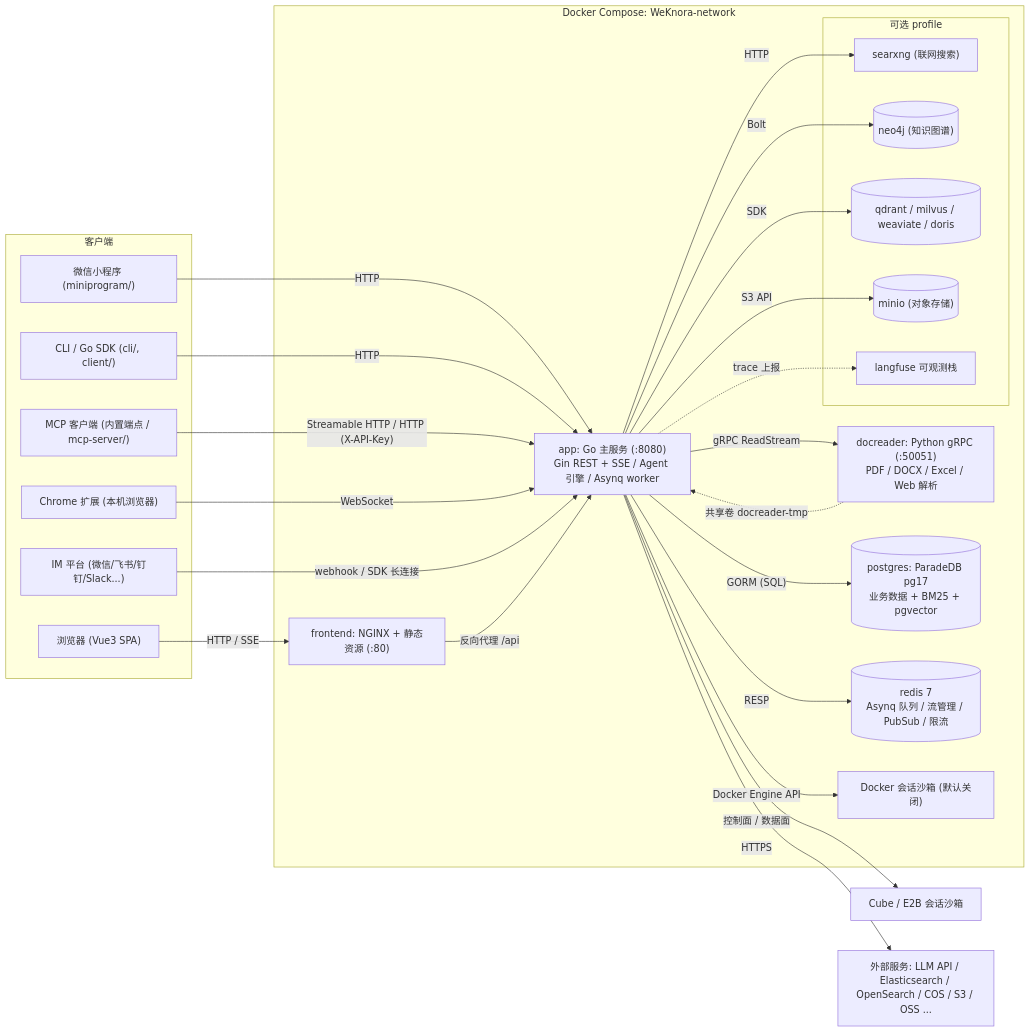
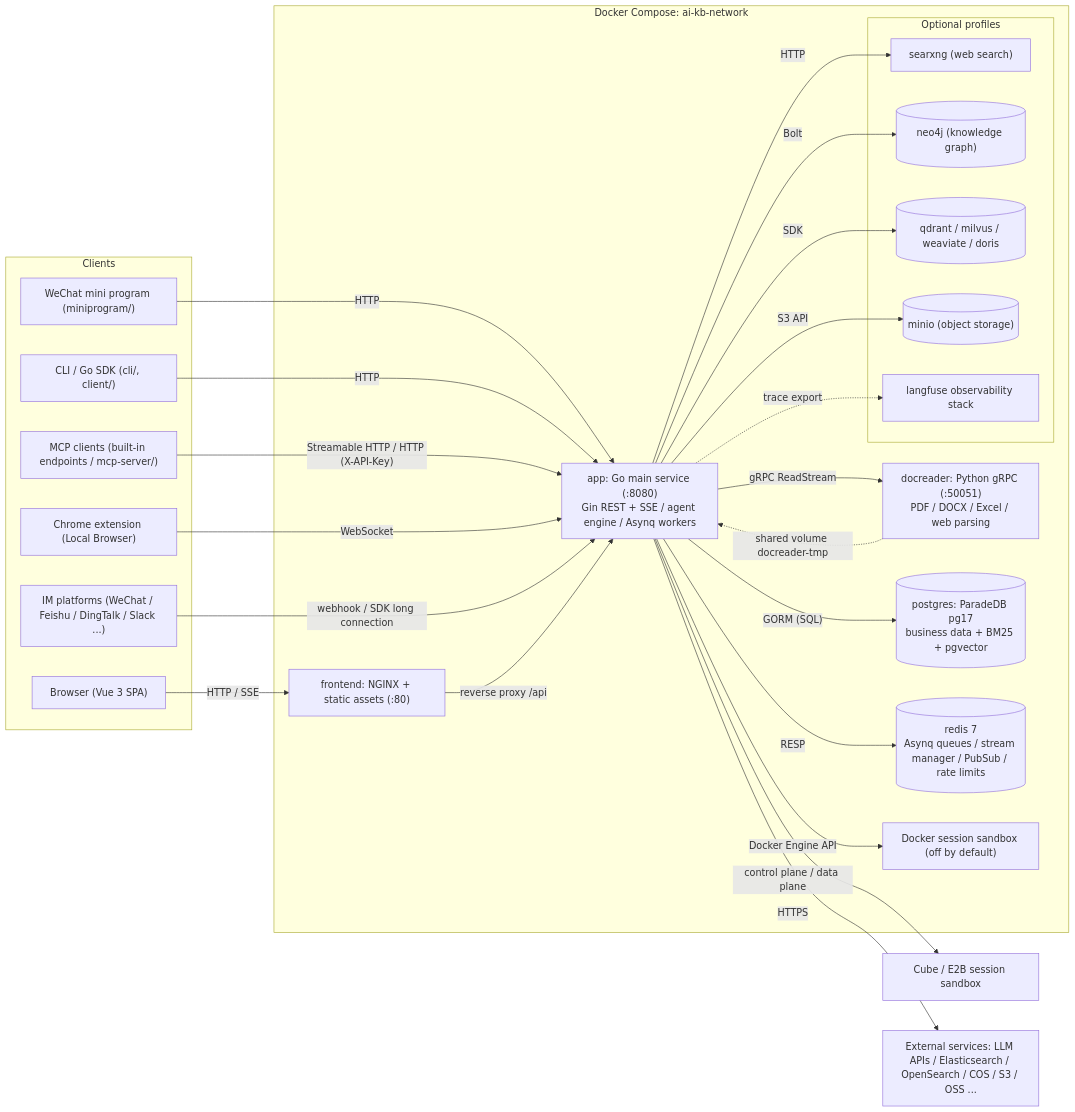
Before and after one commit to jrmatherly/ai-kb: the first of 2 diagrams in website-docs/02-architecture/01-overview.md, drawn with Mermaid. The commit also changed other lines of this file and 7 other files, not shown here.

First line of the commit message:
docs(architecture): translate to English, rebrand to AI KB, verify against code

````diff
--- a/website-docs/02-architecture/01-overview.md
+++ b/website-docs/02-architecture/01-overview.md
@@ -91,50 +92,50 @@
 ```mermaid
 graph LR
-    subgraph Clients["客户端"]
-        Browser["浏览器 (Vue3 SPA)"]
-        Mini["微信小程序 (miniprogram/)"]
+    subgraph Clients["Clients"]
+        Browser["Browser (Vue 3 SPA)"]
+        Mini["WeChat mini program (miniprogram/)"]
         CLI["CLI / Go SDK (cli/, client/)"]
-        MCPC["MCP 客户端 (内置端点 / mcp-server/)"]
-        EXTN["Chrome 扩展 (本机浏览器)"]
-        IM["IM 平台 (微信/飞书/钉钉/Slack...)"]
+        MCPC["MCP clients (built-in endpoints / mcp-server/)"]
+        EXTN["Chrome extension (Local Browser)"]
+        IM["IM platforms (WeChat / Feishu / DingTalk / Slack ...)"]
     end
 
-    subgraph Compose["Docker Compose: WeKnora-network"]
-        FE["frontend: NGINX + 静态资源 (:80)"]
-        APP["app: Go 主服务 (:8080)<br/>Gin REST + SSE / Agent 引擎 / Asynq worker"]
-        DR["docreader: Python gRPC (:50051)<br/>PDF / DOCX / Excel / Web 解析"]
-        PG[("postgres: ParadeDB pg17<br/>业务数据 + BM25 + pgvector")]
-        RD[("redis 7<br/>Asynq 队列 / 流管理 / PubSub / 限流")]
-        SBX["Docker 会话沙箱 (默认关闭)"]
-        subgraph Optional["可选 profile"]
-            SX["searxng (联网搜索)"]
-            NEO[("neo4j (知识图谱)")]
+    subgraph Compose["Docker Compose: ai-kb-network"]
+        FE["frontend: NGINX + static assets (:80)"]
+        APP["app: Go main service (:8080)<br/>Gin REST + SSE / agent engine / Asynq workers"]
+        DR["docreader: Python gRPC (:50051)<br/>PDF / DOCX / Excel / web parsing"]
+        PG[("postgres: ParadeDB pg17<br/>business data + BM25 + pgvector")]
+        RD[("redis 7<br/>Asynq queues / stream manager / PubSub / rate limits")]
+        SBX["Docker session sandbox (off by default)"]
+        subgraph Optional["Optional profiles"]
+            SX["searxng (web search)"]
+            NEO[("neo4j (knowledge graph)")]
             VDB[("qdrant / milvus / weaviate / doris")]
-            MINIO[("minio (对象存储)")]
-            LF["langfuse 可观测栈"]
+            MINIO[("minio (object storage)")]
+            LF["langfuse observability stack"]
         end
     end
 
-    REMOTE["Cube / E2B 会话沙箱"]
-    EXT["外部服务: LLM API / Elasticsearch / OpenSearch / COS / S3 / OSS ..."]
+    REMOTE["Cube / E2B session sandbox"]
+    EXT["External services: LLM APIs / Elasticsearch / OpenSearch / COS / S3 / OSS ..."]
 
     Browser -->|"HTTP / SSE"| FE
     Mini -->|"HTTP"| APP
     CLI -->|"HTTP"| APP
     MCPC -->|"Streamable HTTP / HTTP (X-API-Key)"| APP
     EXTN -->|"WebSocket"| APP
-    IM -->|"webhook / SDK 长连接"| APP
-    FE -->|"反向代理 /api"| APP
+    IM -->|"webhook / SDK long connection"| APP
+    FE -->|"reverse proxy /api"| APP
     APP -->|"gRPC ReadStream"| DR
     APP -->|"GORM (SQL)"| PG
     APP -->|"RESP"| RD
     APP -->|"Docker Engine API"| SBX
-    APP -->|"控制面 / 数据面"| REMOTE
+    APP -->|"control plane / data plane"| REMOTE
     APP -->|"HTTP"| SX
     APP -->|"Bolt"| NEO
     APP -->|"SDK"| VDB
     APP -->|"S3 API"| MINIO
     APP -->|"HTTPS"| EXT
-    APP -.->|"trace 上报"| LF
-    DR -.->|"共享卷 docreader-tmp"| APP
+    APP -.->|"trace export"| LF
+    DR -.->|"shared volume docreader-tmp"| APP
 ```
````
